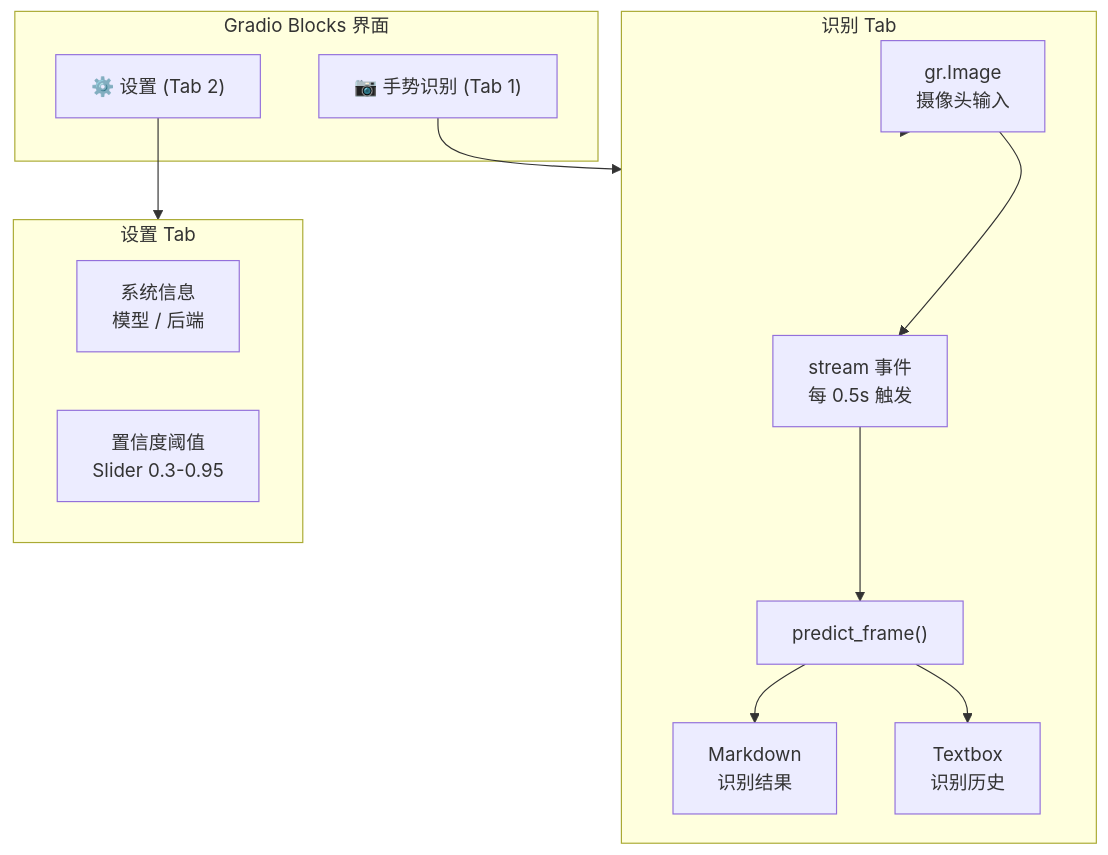
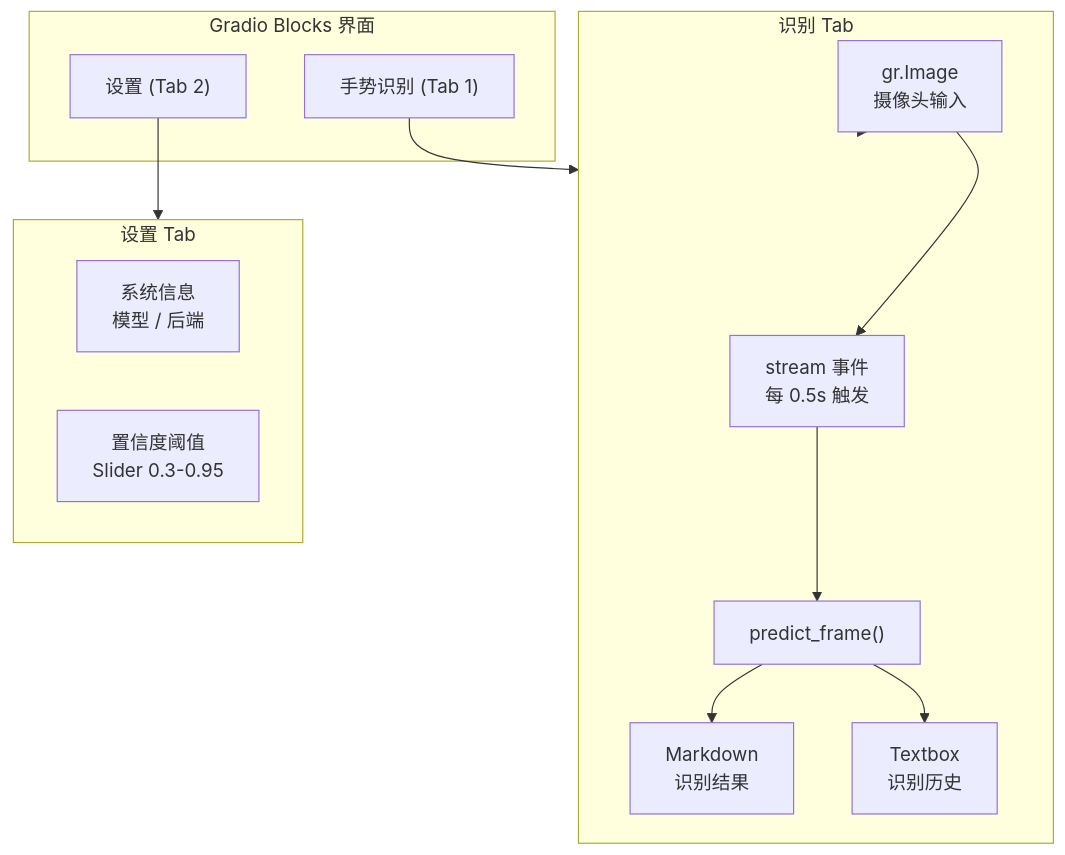
Before and after one commit to zhouxzh/Ascend310: the sixth of 7 diagrams in src/experiment/case8.md, drawn with Mermaid. The commit also changed other lines of this file and 51 other files, not shown here.

````diff
--- a/src/experiment/case8.md
+++ b/src/experiment/case8.md
@@ -391,23 +391,23 @@
 ```mermaid
 flowchart TD
     subgraph UI["Gradio Blocks 界面"]
-        TAB1["📷 手势识别 (Tab 1)"]
-        TAB2["⚙️ 设置 (Tab 2)"]
+        TAB1[" 手势识别 (Tab 1)"]
+        TAB2[" 设置 (Tab 2)"]
     end
 
     subgraph TAB1_DETAIL["识别 Tab"]
         CAM["gr.Image\n摄像头输入"] --> STREAM["stream 事件\n每 0.5s 触发"]
         STREAM --> PREDICT["predict_frame()"]
         PREDICT --> RESULT["Markdown\n识别结果"]
         PREDICT --> HIST["Textbox\n识别历史"]
     end
 
     subgraph TAB2_DETAIL["设置 Tab"]
         INFO["系统信息\n模型 / 后端"]
         SLIDER["置信度阈值\nSlider 0.3-0.95"]
     end
 
     CAM --> TAB1_DETAIL
     TAB1 --> TAB1_DETAIL
     TAB2 --> TAB2_DETAIL
 ```
````
